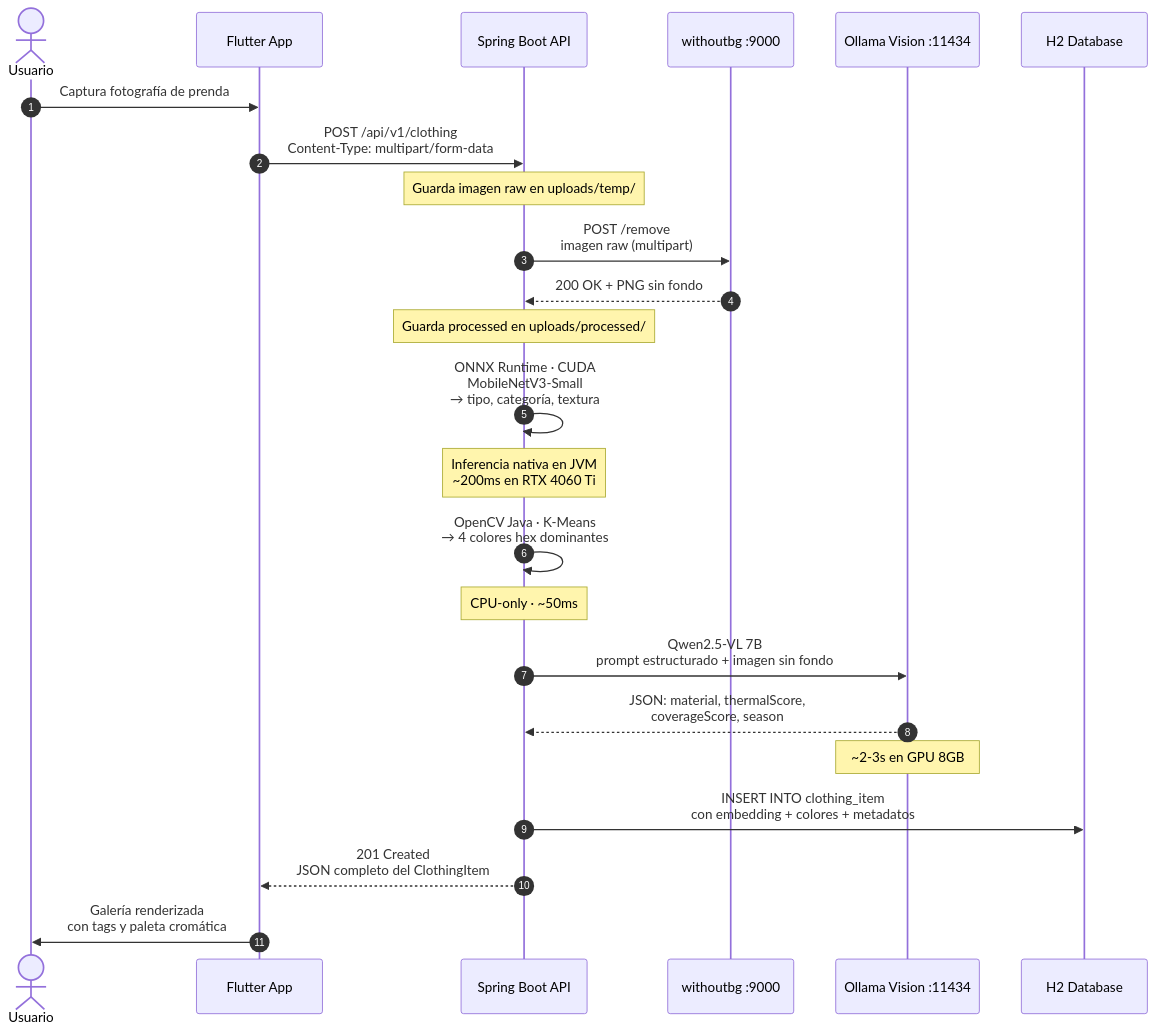
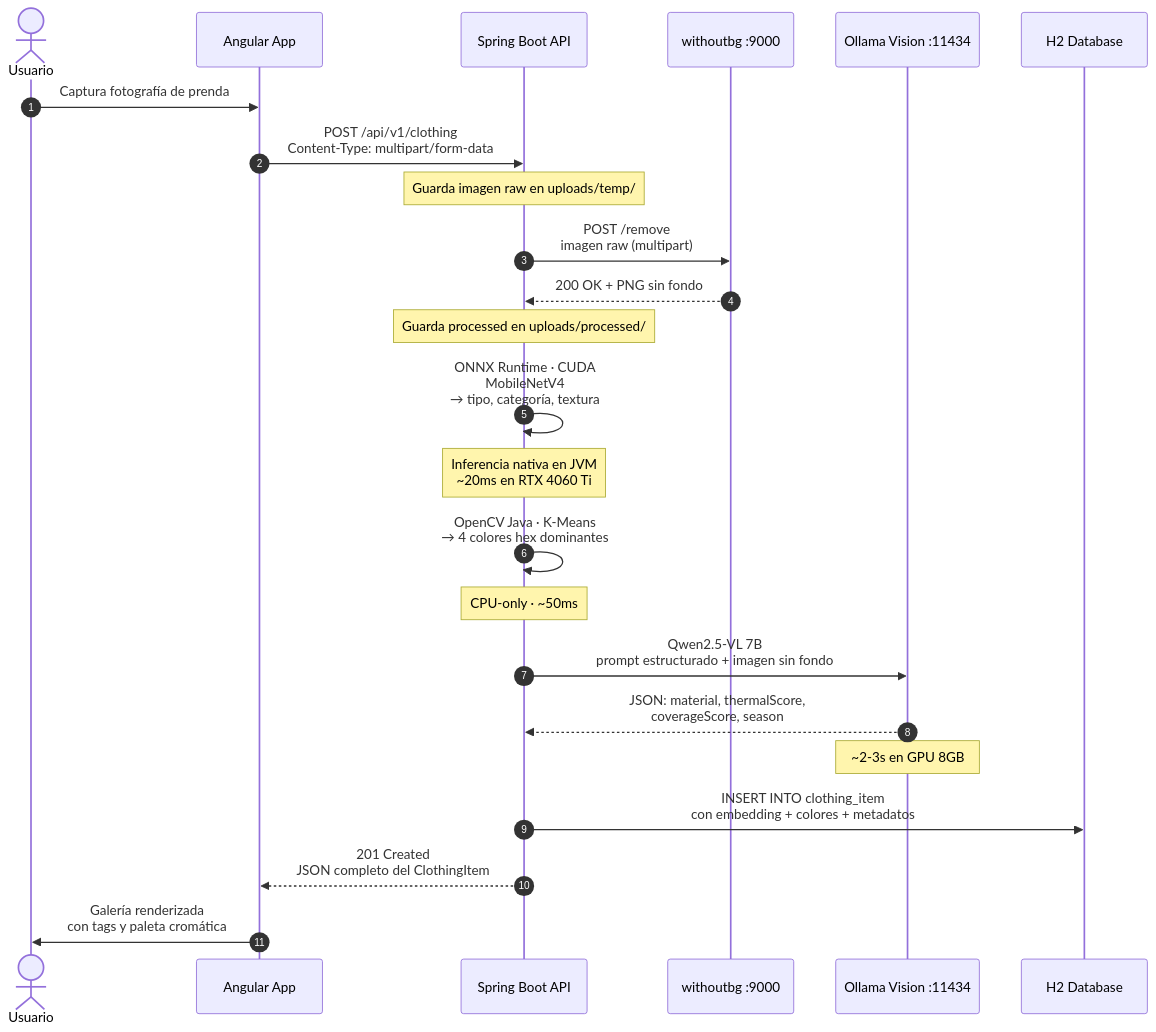
The second of 3 diagrams in README.md (JkVely/Ofni-Maker), drawn with Mermaid before and after one commit. The commit also changed other lines of this file, not shown here.

Commit message:
docs: update README with migrated Angular/Ionic frontend, Java 25 backend, and ML training stack details.

````diff
--- a/README.md
+++ b/README.md
@@ -63,32 +67,32 @@
 ```mermaid
 sequenceDiagram
     autonumber
     actor U as Usuario
-    participant F as Flutter App
+    participant F as Angular App
     participant S as Spring Boot API
     participant B as withoutbg :9000
     participant O as Ollama Vision :11434
     participant D as H2 Database
 
     U->>F: Captura fotografía de prenda
     F->>S: POST /api/v1/clothing<br/>Content-Type: multipart/form-data
     Note over S: Guarda imagen raw en uploads/temp/
 
     S->>B: POST /remove<br/>imagen raw (multipart)
     B-->>S: 200 OK + PNG sin fondo
     Note over S: Guarda processed en uploads/processed/
 
-    S->>S: ONNX Runtime · CUDA<br/>MobileNetV3-Small<br/>→ tipo, categoría, textura
-    Note over S: Inferencia nativa en JVM<br/>~200ms en RTX 4060 Ti
+    S->>S: ONNX Runtime · CUDA<br/>MobileNetV4<br/>→ tipo, categoría, textura
+    Note over S: Inferencia nativa en JVM<br/>~20ms en RTX 4060 Ti
 
     S->>S: OpenCV Java · K-Means<br/>→ 4 colores hex dominantes
     Note over S: CPU-only · ~50ms
 
     S->>O: Qwen2.5-VL 7B<br/>prompt estructurado + imagen sin fondo
     O-->>S: JSON: material, thermalScore,<br/>coverageScore, season
     Note over O: ~2-3s en GPU 8GB
 
     S->>D: INSERT INTO clothing_item<br/>con embedding + colores + metadatos
     S-->>F: 201 Created<br/>JSON completo del ClothingItem
     F->>U: Galería renderizada<br/>con tags y paleta cromática
 ```
````
